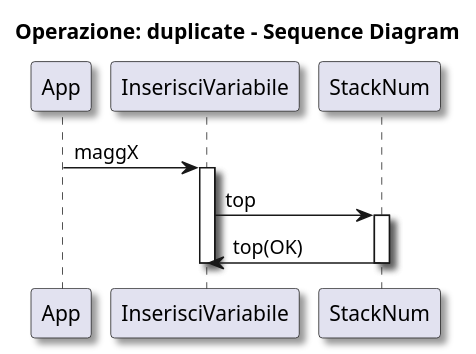
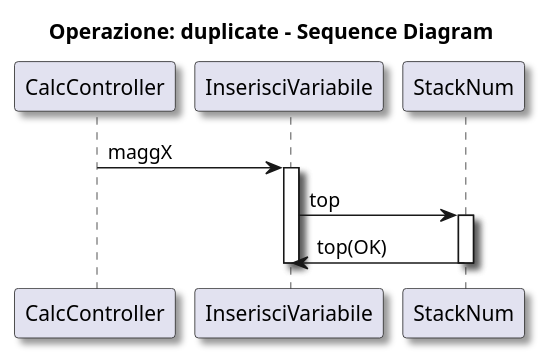
The diagram in CalcolatriceProgrammabile/Diagrams/Sequence Diagrams/SequenceVarOp.puml (LuciaNancyLavista/Gruppo06_software_eng_L.I.V.P), drawn with PlantUML before and after one commit. The commit also changed 3 other files, not shown here.

First line of the commit message:
Name mistake Seq Diagram

```diff
--- a/CalcolatriceProgrammabile/Diagrams/Sequence Diagrams/SequenceVarOp.puml
+++ b/CalcolatriceProgrammabile/Diagrams/Sequence Diagrams/SequenceVarOp.puml
@@ -1,12 +1,12 @@
 @startuml 
 skinparam Shadowing true
 
 title Operazione: duplicate - Sequence Diagram
-App -> InserisciVariabile: maggX
+CalcController -> InserisciVariabile: maggX
 activate InserisciVariabile
 InserisciVariabile -> StackNum: top
 activate StackNum
 StackNum -> InserisciVariabile: top(OK)
 deactivate StackNum
 deactivate InserisciVariabile 
 @endumlperazione
```
